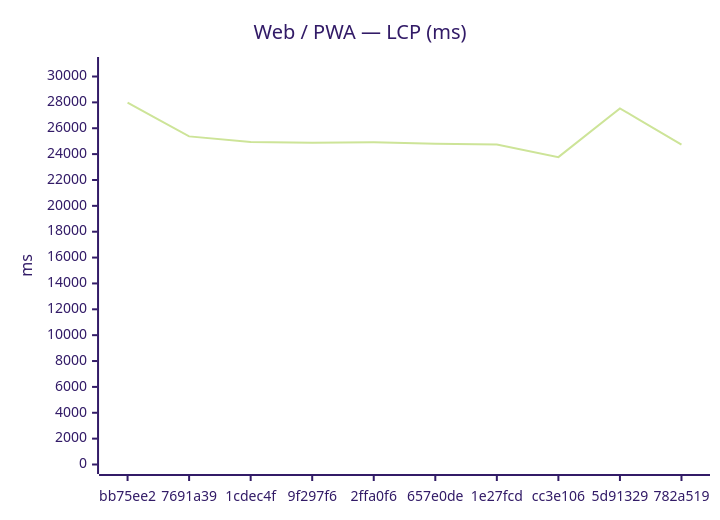
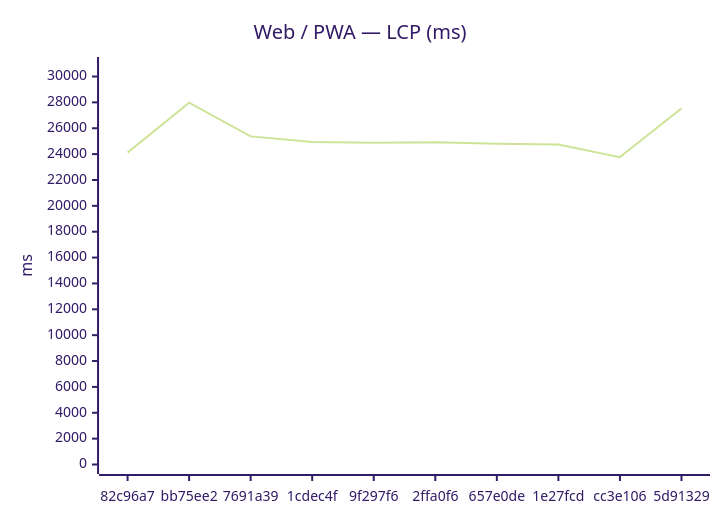
One commit to Metaheurist/Rianell changed the first of 18 diagrams in benchmarks/compare.md. Above: the diagram before and after it, drawn with Mermaid (forest theme). The commit also changed other lines of this file and 11 other files, not shown here.

````diff
--- a/benchmarks/compare.md
+++ b/benchmarks/compare.md
@@ -24,7 +24,7 @@
 ```mermaid
 xychart-beta
     title "Web / PWA — LCP (ms)"
-    x-axis ["bb75ee2", "7691a39", "1cdec4f", "9f297f6", "2ffa0f6", "657e0de", "1e27fcd", "cc3e106", "5d91329", "782a519"]
+    x-axis ["82c96a7", "bb75ee2", "7691a39", "1cdec4f", "9f297f6", "2ffa0f6", "657e0de", "1e27fcd", "cc3e106", "5d91329"]
     y-axis "ms" 0 --> 30774
-    line [27976, 25370, 24933, 24873, 24910, 24797, 24744, 23765, 27536, 24725]
+    line [24113, 27976, 25370, 24933, 24873, 24910, 24797, 24744, 23765, 27536]
 ```
````
